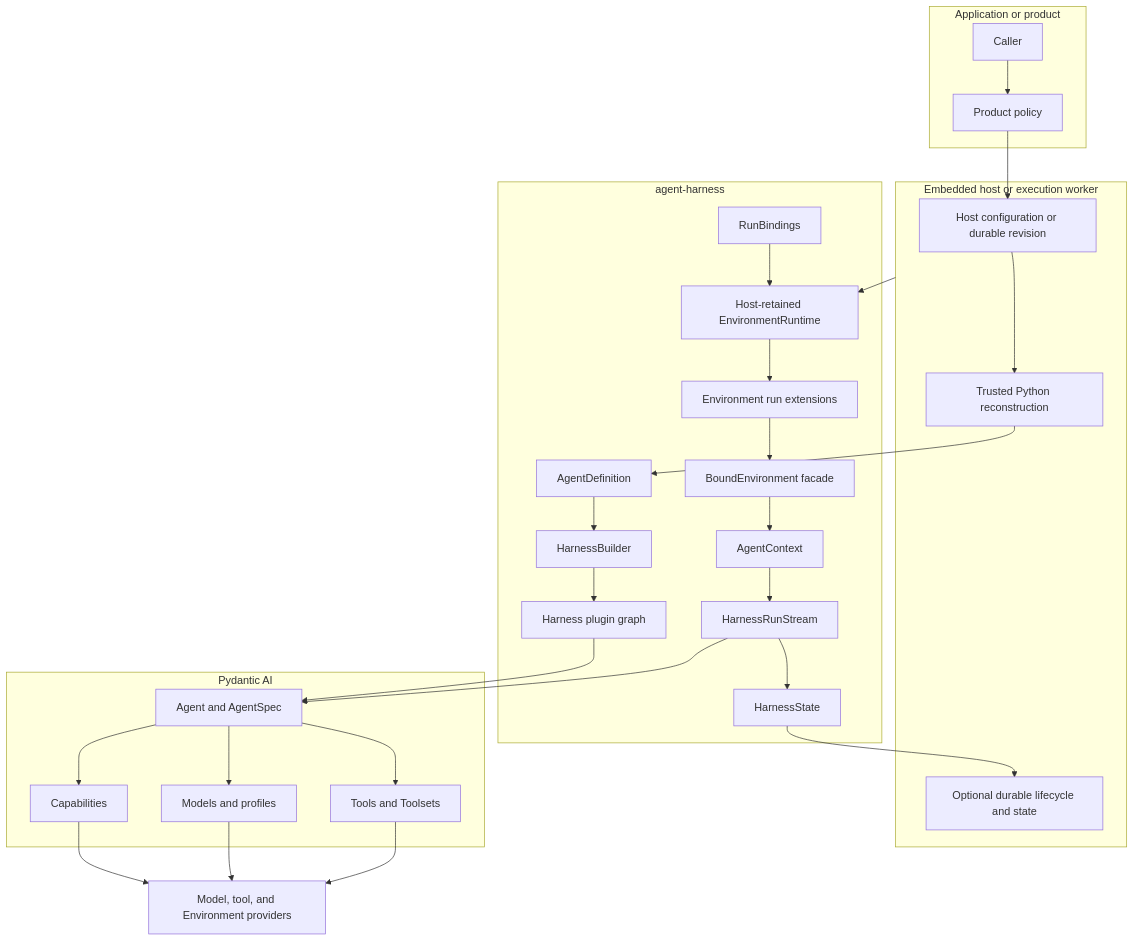
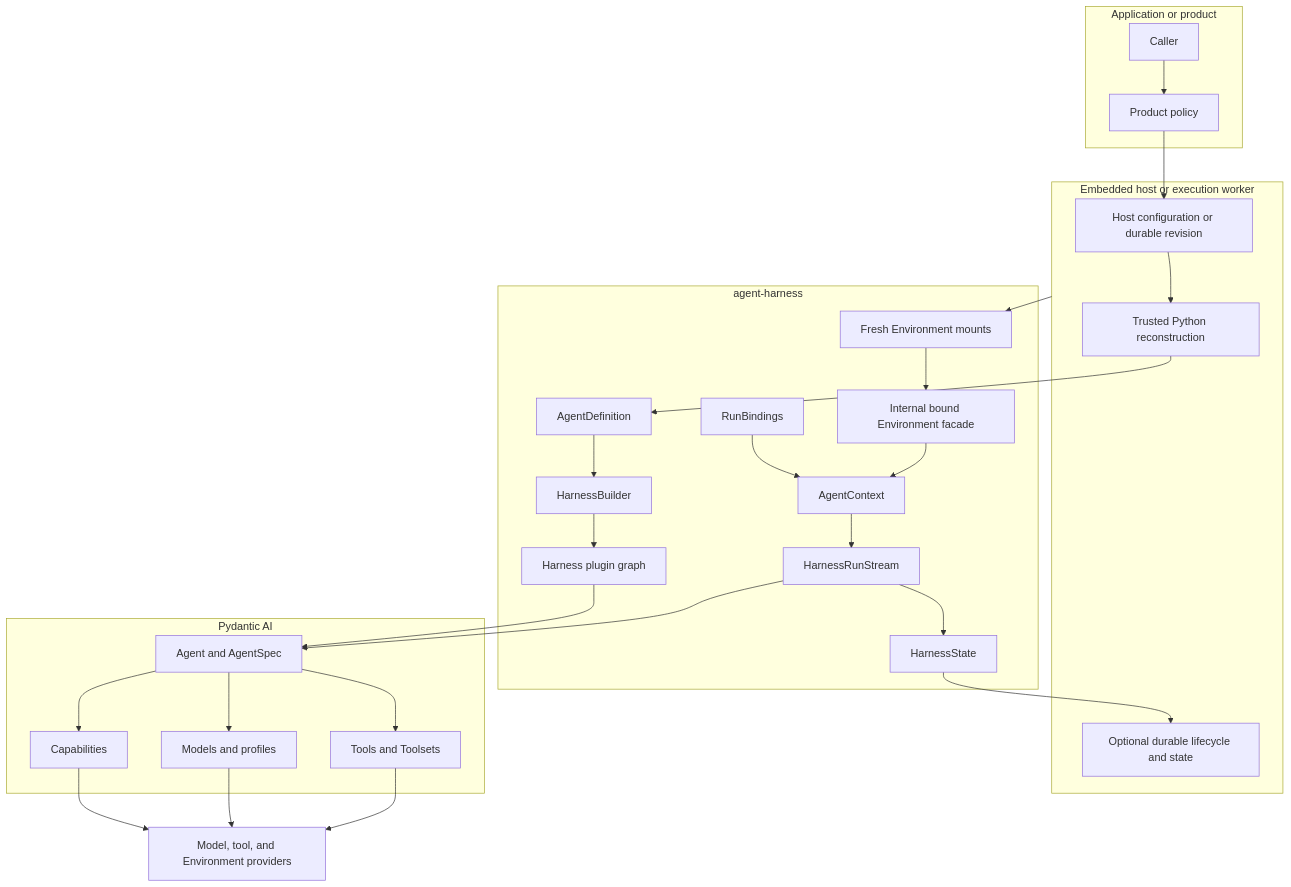
The first of 2 diagrams in spec/agent-harness/00-overview.md (LTThreeComma/agent-foundation), drawn with Mermaid before and after one commit. The commit also changed other lines of this file and 188 other files, not shown here.

First line of the commit message:
feat(harness): rework environment and host ownership (#82)

````diff
--- a/spec/agent-harness/00-overview.md
+++ b/spec/agent-harness/00-overview.md
@@ -28,42 +27,42 @@
 ```mermaid
 flowchart TB
     subgraph Product[Application or product]
         Caller[Caller]
         Policy[Product policy]
     end
 
     subgraph Host[Embedded host or execution worker]
         DefinitionSource[Host configuration or durable revision]
         Reconstruct[Trusted Python reconstruction]
         Durable[Optional durable lifecycle and state]
     end
 
     subgraph Harness[agent-harness]
         Definition[AgentDefinition]
         Builder[HarnessBuilder]
         Plugins[Harness plugin graph]
         Bindings[RunBindings]
         Context[AgentContext]
-        Runtime[Host-retained EnvironmentRuntime]
-        Environment[BoundEnvironment facade]
-        Extensions[Environment run extensions]
+        Mounts[Fresh Environment mounts]
+        Environment[Internal bound Environment facade]
         Stream[HarnessRunStream]
         State[HarnessState]
     end
 
     subgraph Pydantic[Pydantic AI]
         Agent[Agent and AgentSpec]
         Capabilities[Capabilities]
         Models[Models and profiles]
         Toolsets[Tools and Toolsets]
     end
 
     Providers[Model, tool, and Environment providers]
 
     Caller --> Policy --> DefinitionSource --> Reconstruct --> Definition
     Definition --> Builder --> Plugins --> Agent
-    Bindings --> Runtime --> Extensions --> Environment --> Context --> Stream --> Agent
-    Host --> Runtime
+    Host --> Mounts
+    Bindings --> Context
+    Mounts --> Environment --> Context --> Stream --> Agent
     Agent --> Capabilities & Models & Toolsets --> Providers
     Stream --> State --> Durable
 ```
````
